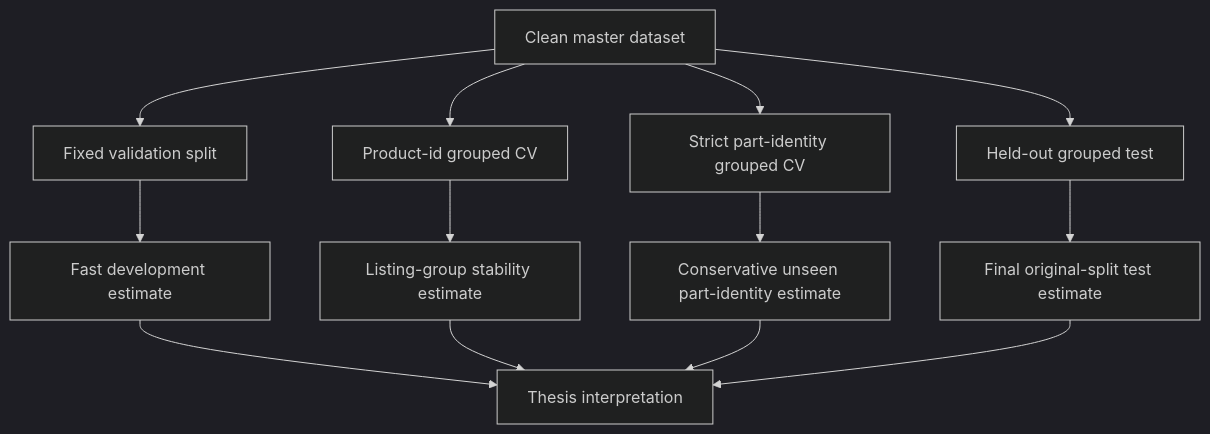
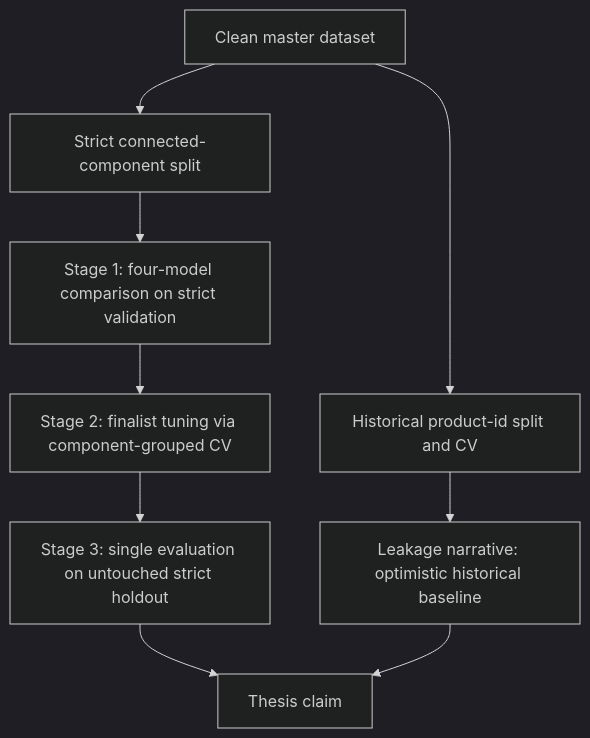
One commit to Riteshbhandarii/DPPM changed the second of 3 diagrams in docs/ARCHITECTURE.md. Above: the diagram before and after it, drawn with Mermaid (dark theme). The commit also changed other lines of this file and 5 other files, not shown here.

````diff
--- a/docs/ARCHITECTURE.md
+++ b/docs/ARCHITECTURE.md
@@ -60,17 +60,13 @@
 ```mermaid
 flowchart TD
-    A[Clean master dataset] --> B[Fixed validation split]
-    A --> C[Product-id grouped CV]
-    A --> D[Strict part-identity grouped CV]
-    A --> E[Held-out grouped test]
+    A[Clean master dataset] --> B[Historical product-id split and CV]
+    A --> C[Strict connected-component split]
 
-    B --> F[Fast development estimate]
-    C --> G[Listing-group stability estimate]
-    D --> H[Conservative unseen part-identity estimate]
-    E --> I[Final original-split test estimate]
+    C --> D[Stage 1: four-model comparison on strict validation]
+    D --> E[Stage 2: finalist tuning via component-grouped CV]
+    E --> F[Stage 3: single evaluation on untouched strict holdout]
 
-    F --> J[Thesis interpretation]
-    G --> J
-    H --> J
-    I --> J
+    B --> G[Leakage narrative: optimistic historical baseline]
+    F --> H[Thesis claim]
+    G --> H
 ```
````
